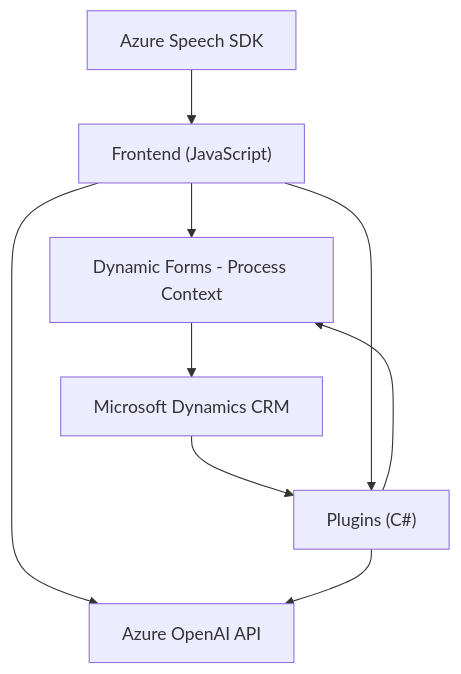
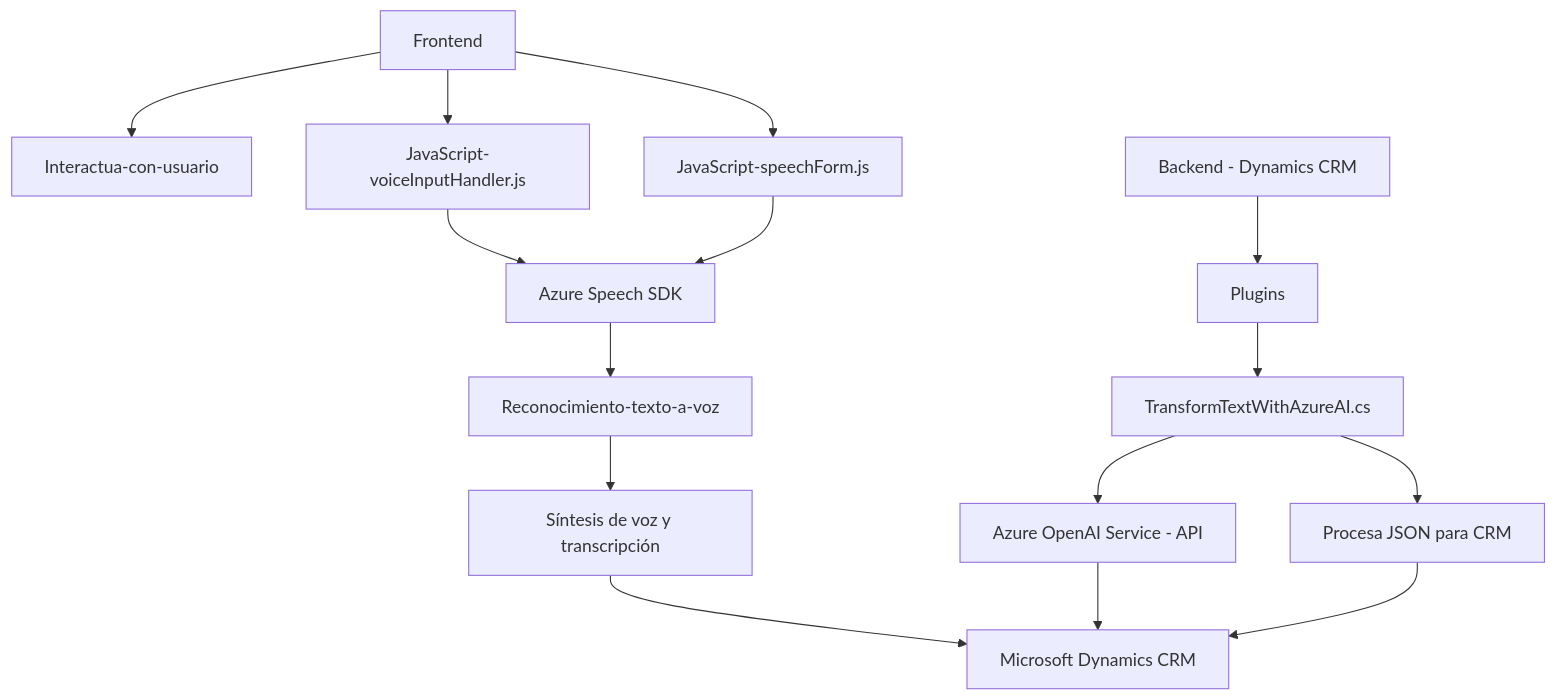
Before and after one commit to blopezdm/NETCORE_BILBAO2025: the diagram in README.md, drawn with Mermaid. The commit also changed other lines of this file, not shown here.

Commit message:
Actualizar análisis global de la solución con IA

````diff
--- a/README.md
+++ b/README.md
@@ -36,11 +33,19 @@
 ```mermaid
 graph TD
-    AzureSpeechSDK["Azure Speech SDK"] --> FrontendJS["Frontend (JavaScript)"]
-    FrontendJS --> Forms["Dynamic Forms - Process Context"]
-    FrontendJS --> OpenAIAPI["Azure OpenAI API"]
-    Forms --> Dynamics365["Microsoft Dynamics CRM"]
-    Dynamics365 --> Plugins["Plugins (C#)"]
-    Plugins --> OpenAIAPI
-    Plugins --> Forms
-    FrontendJS --> Plugins
+  A["Frontend"] --> B["Interactua-con-usuario"]
+  A --> C["JavaScript-voiceInputHandler.js"]
+  C --> D["Azure Speech SDK"]
+  A --> E["JavaScript-speechForm.js"]
+  E --> D
+  D --> F["Reconocimiento-texto-a-voz"]
+  F --> G["Síntesis de voz y transcripción"]
+  
+  H["Backend - Dynamics CRM"] --> I["Plugins"]
+  I --> J["TransformTextWithAzureAI.cs"]
+  J --> K["Azure OpenAI Service - API"]
+  J --> L["Procesa JSON para CRM"]
+  L --> M["Microsoft Dynamics CRM"]
+  
+  G --> M
+  K --> M
 ```
````
